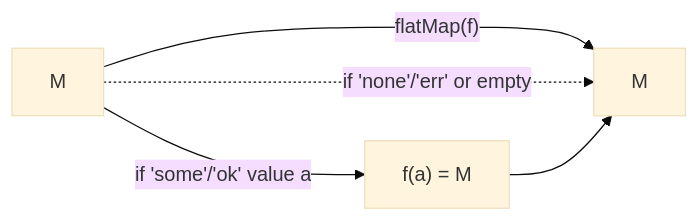
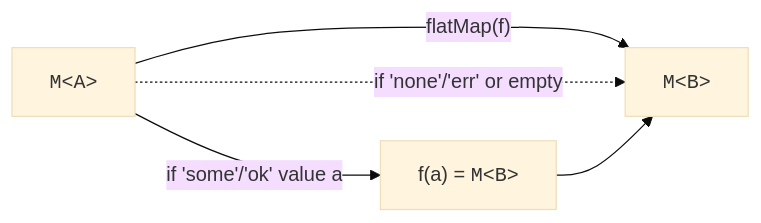
One commit to dataslope/dataslope changed the diagram in content/learn/functional-programming-typescript/option-and-result.mdx. Above: the diagram before and after it, drawn with Mermaid (base theme). The commit also changed 153 other files, not shown here.

First line of the commit message:
Render code-only mermaid shapes in monospace; convert step sequences to Steps

````diff
--- a/content/learn/functional-programming-typescript/option-and-result.mdx
+++ b/content/learn/functional-programming-typescript/option-and-result.mdx
@@ -243,6 +243,6 @@
 ```mermaid
 flowchart LR
-    A["M<A>"] -- "flatMap(f)" --> B["M<B>"]
+    A["<code>M&lt;A&gt;</code>"] -- "flatMap(f)" --> B["<code>M&lt;B&gt;</code>"]
     A -.->|"if 'none'/'err' or empty"| B
-    A -->|"if 'some'/'ok' value a"| C["f(a) = M<B>"] --> B
+    A -->|"if 'some'/'ok' value a"| C["f(a) = <code>M&lt;B&gt;</code>"] --> B
 ```
````
